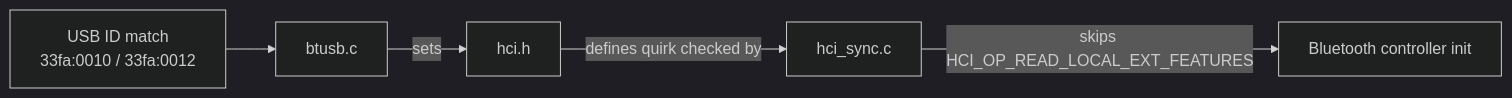
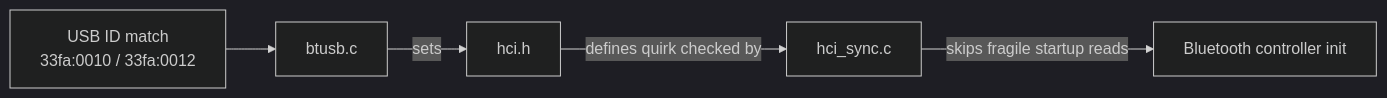
One commit to vratiskol/barrot-ble-device changed the third of 4 diagrams in PATCH_DETAILS.md. Above: the diagram before and after it, drawn with Mermaid (dark theme). The commit also changed other lines of this file and 8 other files, not shown here.

````diff
--- a/PATCH_DETAILS.md
+++ b/PATCH_DETAILS.md
@@ -129,13 +142,13 @@
 ```mermaid
 graph LR
     USBID[USB ID match<br/>33fa:0010 / 33fa:0012]
     BTUSB[btusb.c]
     HCIHDR[hci.h]
     HCISYNC[hci_sync.c]
     INIT[Bluetooth controller init]
 
     USBID --> BTUSB
     BTUSB -->|sets| HCIHDR
     HCIHDR -->|defines quirk checked by| HCISYNC
-    HCISYNC -->|skips HCI_OP_READ_LOCAL_EXT_FEATURES| INIT
+    HCISYNC -->|skips fragile startup reads| INIT
 ```
````
